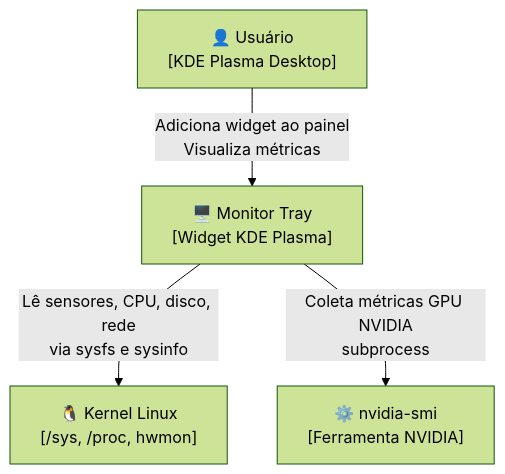
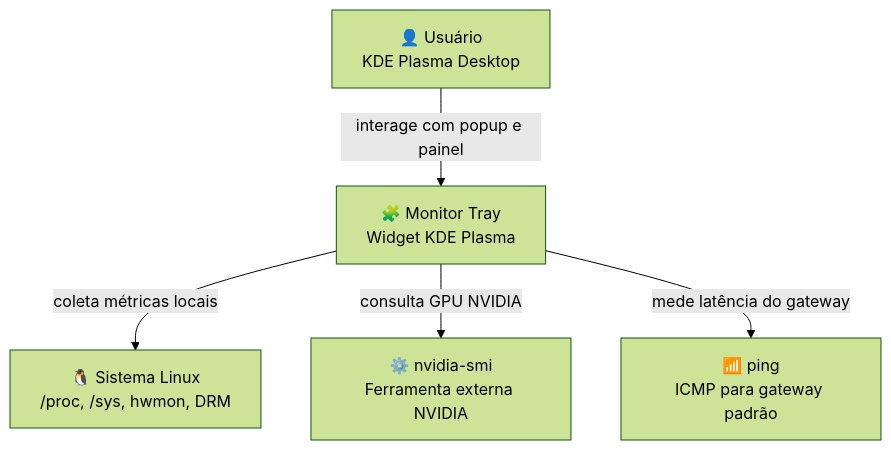
One commit to marcos2872/rust-monitor-tray changed the first of 4 diagrams in docs/architecture.md. Above: the diagram before and after it, drawn with Mermaid (forest theme). The commit also changed other lines of this file and 8 other files, not shown here.

````diff
--- a/docs/architecture.md
+++ b/docs/architecture.md
@@ -11,11 +24,13 @@
 ```mermaid
 graph TD
-    User["👤 Usuário\n[KDE Plasma Desktop]"]
-    MonitorTray["🖥️ Monitor Tray\n[Widget KDE Plasma]"]
-    Kernel["🐧 Kernel Linux\n[/sys, /proc, hwmon]"]
-    NvidiaSmi["⚙️ nvidia-smi\n[Ferramenta NVIDIA]"]
+    User["👤 Usuário<br/>KDE Plasma Desktop"]
+    Widget["🧩 Monitor Tray<br/>Widget KDE Plasma"]
+    Linux["🐧 Sistema Linux<br/>/proc, /sys, hwmon, DRM"]
+    NvidiaSmi["⚙️ nvidia-smi<br/>Ferramenta externa NVIDIA"]
+    Ping["📶 ping<br/>ICMP para gateway padrão"]
 
-    User -->|"Adiciona widget ao painel\nVisualiza métricas"| MonitorTray
-    MonitorTray -->|"Lê sensores, CPU, disco, rede\nvia sysfs e sysinfo"| Kernel
-    MonitorTray -->|"Coleta métricas GPU NVIDIA\nsubprocess"| NvidiaSmi
+    User -->|interage com popup e painel| Widget
+    Widget -->|coleta métricas locais| Linux
+    Widget -->|consulta GPU NVIDIA| NvidiaSmi
+    Widget -->|mede latência do gateway| Ping
 ```
````
